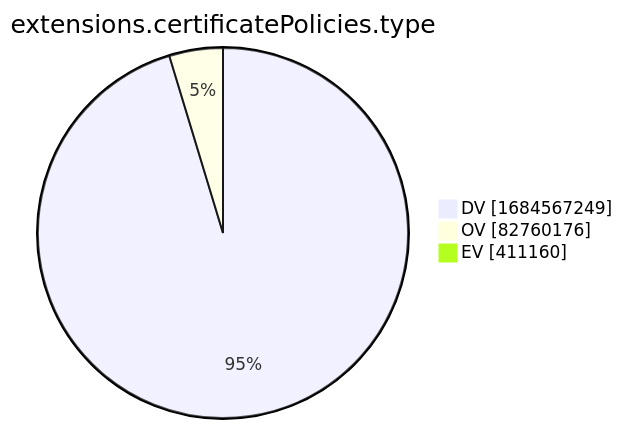
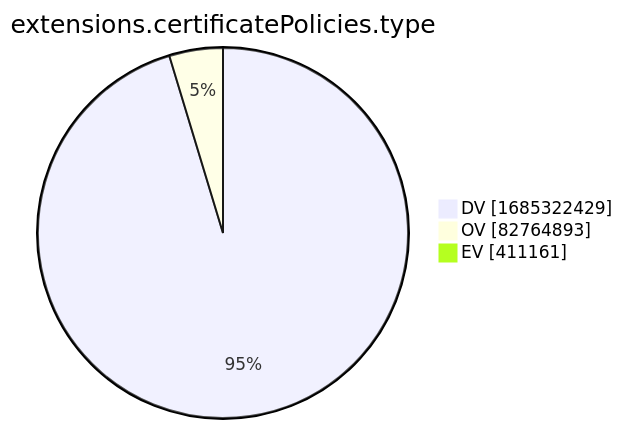
Before and after one commit to christiankrug/ctmonitor_visualization: the tenth of 15 diagrams in xenon2022/README.md, drawn with Mermaid. The commit also changed other lines of this file, not shown here.

````diff
--- a/xenon2022/README.md
+++ b/xenon2022/README.md
@@ -2881,7 +2881,7 @@
 ```mermaid
 pie showData
 title extensions.certificatePolicies.type
-"DV" :1684567249
-"OV" :82760176
-"EV" :411160
+"DV" :1685322429
+"OV" :82764893
+"EV" :411161
 ```
````
